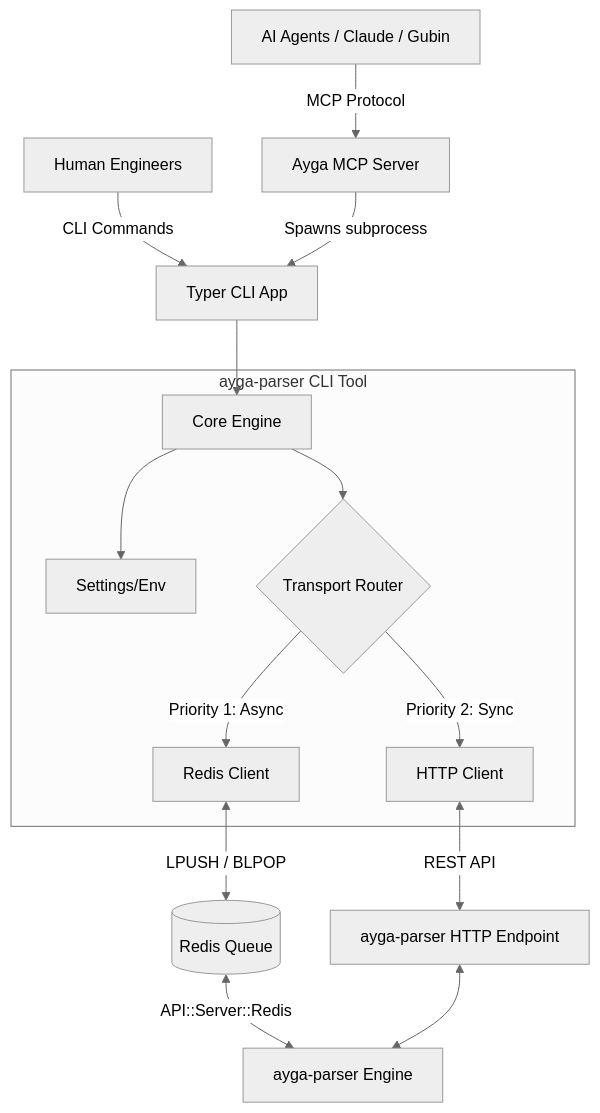
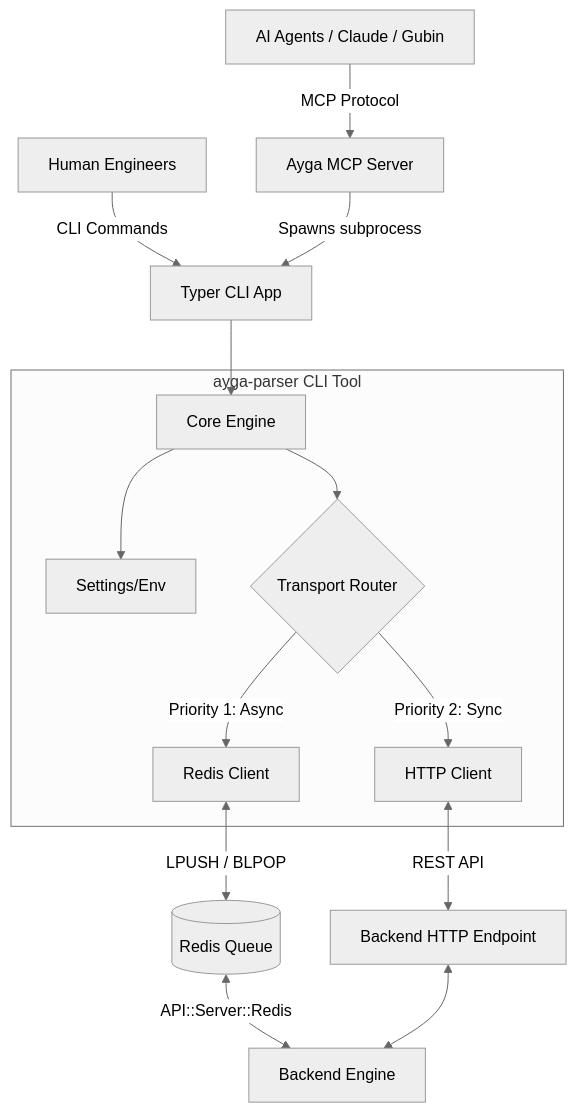
Before and after one commit to ozand/ayga-cli: the diagram in docs/ARCHITECTURE.md, drawn with Mermaid (neutral theme). The commit also changed other lines of this file and 4 other files, not shown here.

````diff
--- a/docs/ARCHITECTURE.md
+++ b/docs/ARCHITECTURE.md
@@ -12,25 +12,25 @@
 ```mermaid
 graph TD
     %% User Interfaces
     A[Human Engineers] -->|CLI Commands| CLI[Typer CLI App]
     B[AI Agents / Claude / Gubin] -->|MCP Protocol| MCP[Ayga MCP Server]
     
     %% CLI Core
     CLI --> Core[Core Engine]
     MCP -->|Spawns subprocess| CLI
     
     %% Core Logic
     subgraph ayga-parser CLI Tool
         Core --> Config[Settings/Env]
         Core --> Router{Transport Router}
         Router -->|Priority 1: Async| R_Client[Redis Client]
         Router -->|Priority 2: Sync| H_Client[HTTP Client]
     end
     
     %% Integrations
     R_Client <-->|LPUSH / BLPOP| Redis[(Redis Queue)]
-    H_Client <-->|REST API| API[ayga-parser HTTP Endpoint]
+    H_Client <-->|REST API| API[Backend HTTP Endpoint]
     
-    Redis <-->|API::Server::Redis| Engine[ayga-parser Engine]
+    Redis <-->|API::Server::Redis| Engine[Backend Engine]
     API <--> Engine
 ```
````
